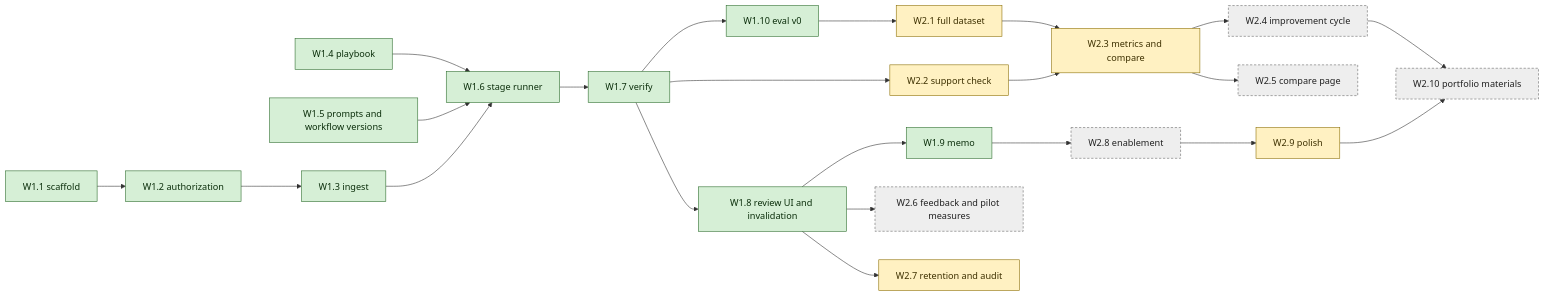
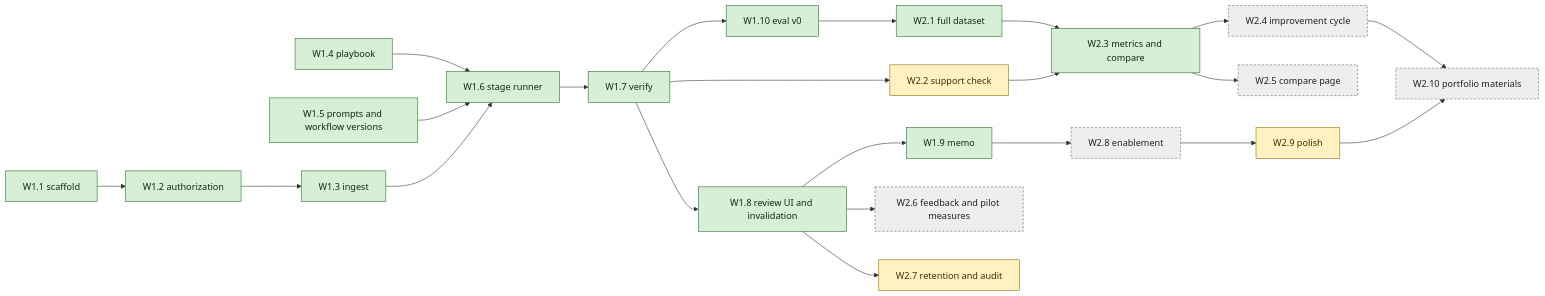
One commit to Silicon-Docket/clausewise changed the diagram in docs/parol/07-delivery-plan.md. Above: the diagram before and after it, drawn with Mermaid. The commit also changed other lines of this file and 9 other files, not shown here.

````diff
--- a/docs/parol/07-delivery-plan.md
+++ b/docs/parol/07-delivery-plan.md
@@ -40,30 +46,30 @@
 ```mermaid
 flowchart LR
   W11[W1.1 scaffold] --> W12[W1.2 authorization]
   W12 --> W13[W1.3 ingest]
   W14[W1.4 playbook] --> W16
   W15[W1.5 prompts and workflow versions] --> W16
   W13 --> W16[W1.6 stage runner]
   W16 --> W17[W1.7 verify]
   W17 --> W18[W1.8 review UI and invalidation]
   W18 --> W19[W1.9 memo]
   W17 --> W110[W1.10 eval v0]
   W110 --> W21[W2.1 full dataset]
   W17 --> W22[W2.2 support check]
   W21 --> W23[W2.3 metrics and compare]
   W22 --> W23
   W23 --> W24[W2.4 improvement cycle]
   W23 --> W25[W2.5 compare page]
   W18 --> W26[W2.6 feedback and pilot measures]
   W18 --> W27[W2.7 retention and audit]
   W19 --> W28[W2.8 enablement]
   W24 --> W210[W2.10 portfolio materials]
   W28 --> W29[W2.9 polish]
   W29 --> W210
   classDef done fill:#d6efd6,stroke:#2b6b2b,color:#0b2e0b
   classDef partly fill:#fff1c2,stroke:#8a6d00,color:#3d3000
   classDef notstarted fill:#eeeeee,stroke:#666666,color:#222222,stroke-dasharray: 4 3
-  class W11,W12,W13,W14,W15,W16,W17,W18,W19,W110 done
-  class W21,W22,W23,W27,W29 partly
+  class W11,W12,W13,W14,W15,W16,W17,W18,W19,W110,W21,W23 done
+  class W22,W27,W29 partly
   class W24,W25,W26,W28,W210 notstarted
 ```
````
